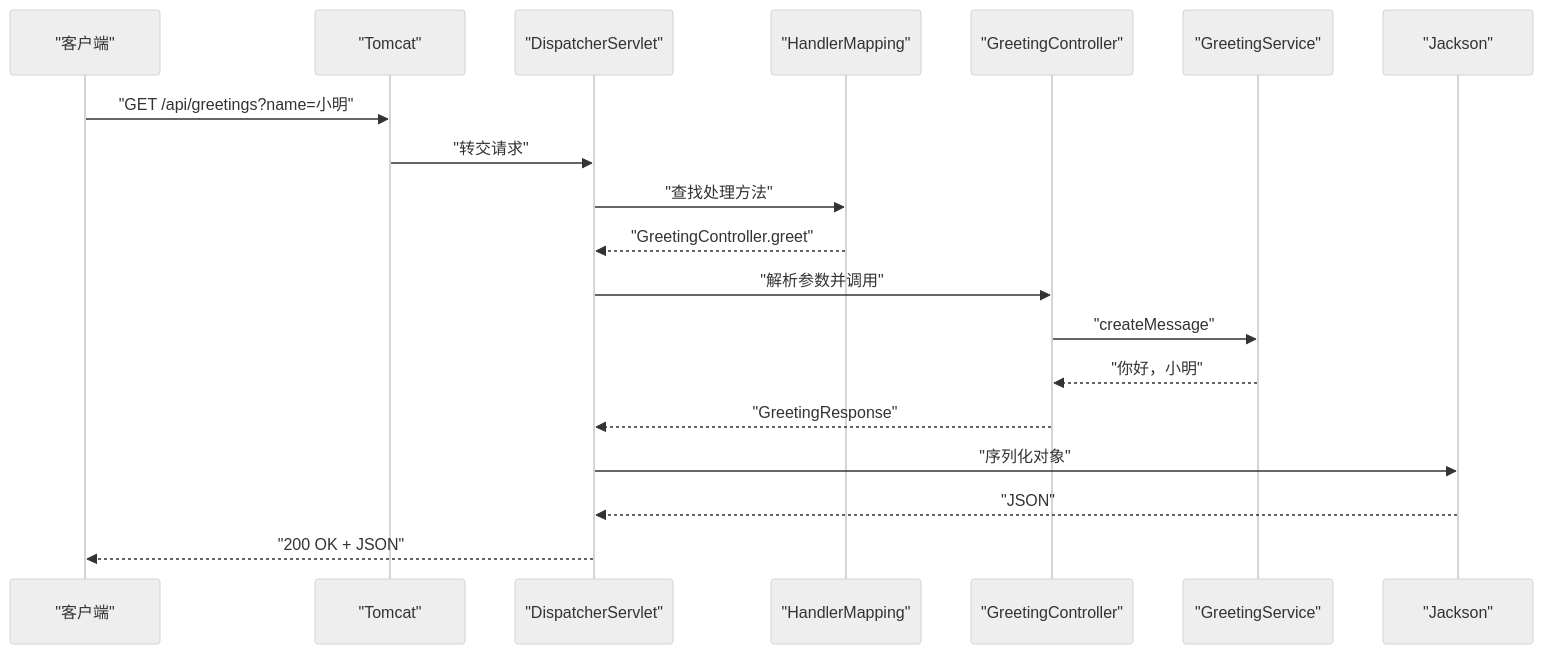
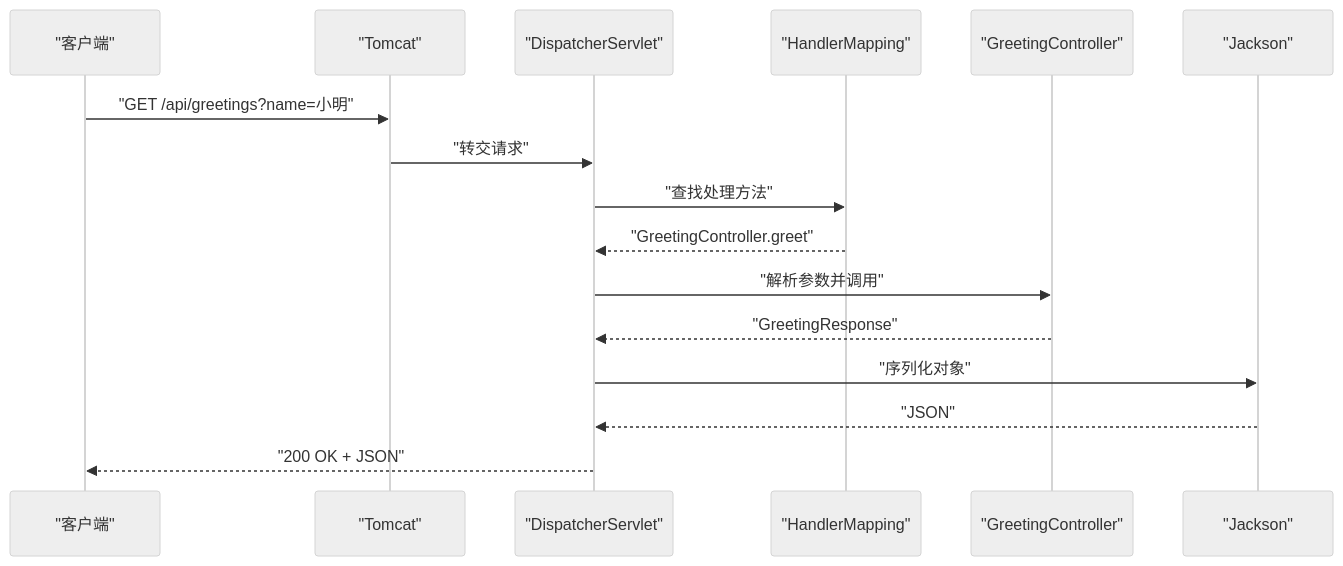
One commit to pvisanhash/toStudyCode changed the third of 17 diagrams in Note/SpringBoot笔记/SpringBoot初学者学习笔记.md. Above: the diagram before and after it, drawn with Mermaid (neutral theme). The commit also changed other lines of this file, not shown here.

````diff
--- a/Note/SpringBoot笔记/SpringBoot初学者学习笔记.md
+++ b/Note/SpringBoot笔记/SpringBoot初学者学习笔记.md
@@ -532,22 +534,19 @@
 ```mermaid
 sequenceDiagram
     participant Client as "客户端"
     participant Tomcat as "Tomcat"
     participant DS as "DispatcherServlet"
     participant HM as "HandlerMapping"
     participant C as "GreetingController"
-    participant S as "GreetingService"
     participant J as "Jackson"
 
     Client->>Tomcat: "GET /api/greetings?name=小明"
     Tomcat->>DS: "转交请求"
     DS->>HM: "查找处理方法"
     HM-->>DS: "GreetingController.greet"
     DS->>C: "解析参数并调用"
-    C->>S: "createMessage"
-    S-->>C: "你好，小明"
     C-->>DS: "GreetingResponse"
     DS->>J: "序列化对象"
     J-->>DS: "JSON"
     DS-->>Client: "200 OK + JSON"
 ```
````
